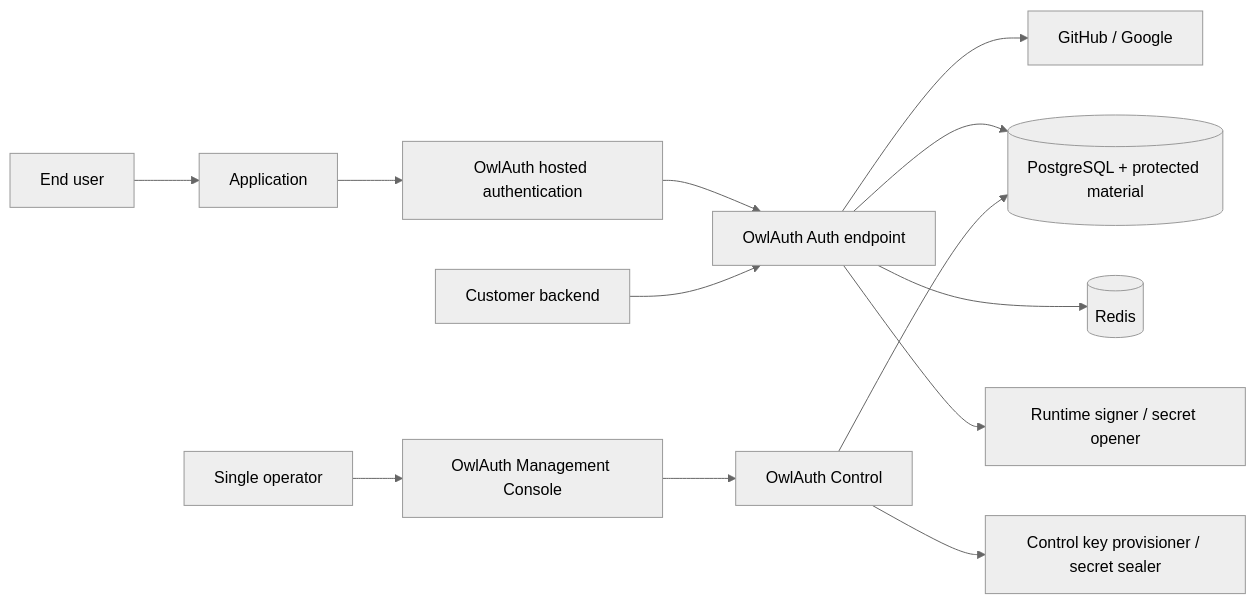
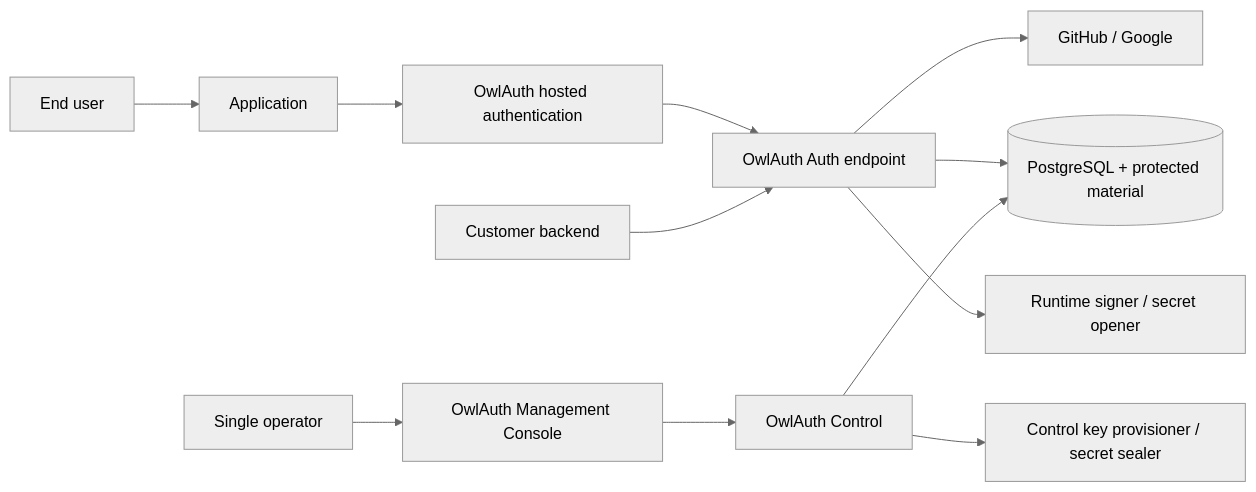
Before and after one commit to owlfoundry/owlauth: the third of 4 diagrams in spec/01-system-context-and-goals.md, drawn with Mermaid (neutral theme). The commit also changed other lines of this file and 155 other files, not shown here.

````diff
--- a/spec/01-system-context-and-goals.md
+++ b/spec/01-system-context-and-goals.md
@@ -152,17 +150,16 @@
 ```mermaid
 flowchart LR
     User[End user] --> App[Application]
     App --> Hosted[OwlAuth hosted authentication]
     Hosted --> Auth[OwlAuth Auth endpoint]
     Auth --> Provider[GitHub / Google]
     Auth --> PG[(PostgreSQL + protected material)]
-    Auth --> Redis[(Redis)]
     Auth --> RKP[Runtime signer / secret opener]
 
     Backend[Customer backend] --> Auth
 
     Operator[Single operator] --> Console[OwlAuth Management Console]
     Console --> Control[OwlAuth Control]
     Control --> PG
     Control --> CKP[Control key provisioner / secret sealer]
 ```
````
